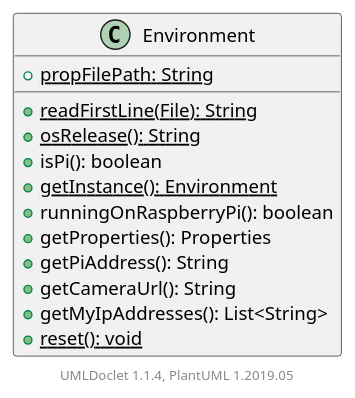
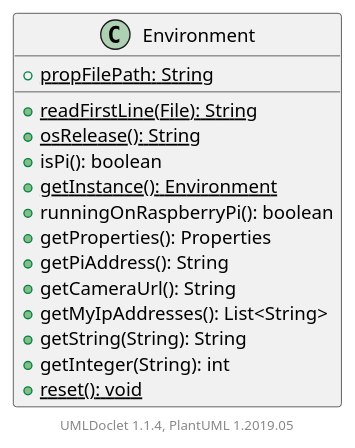
Before and after one commit to rc-dukes/dukes: the diagram in rc-common/rc-common/apidocs/nl/vaneijndhoven/dukes/common/Environment.puml, drawn with PlantUML. The commit also changed 1456 other files, not shown here.

```diff
--- a/rc-common/rc-common/apidocs/nl/vaneijndhoven/dukes/common/Environment.puml
+++ b/rc-common/rc-common/apidocs/nl/vaneijndhoven/dukes/common/Environment.puml
@@ -1,19 +1,21 @@
 @startuml
 
     class Environment [[Environment.html]] {
         {static} +propFilePath: String
         {static} +readFirstLine(File): String
         {static} +osRelease(): String
         +isPi(): boolean
         {static} +getInstance(): Environment
         +runningOnRaspberryPi(): boolean
         +getProperties(): Properties
         +getPiAddress(): String
         +getCameraUrl(): String
         +getMyIpAddresses(): List<String>
+        +getString(String): String
+        +getInteger(String): int
         {static} +reset(): void
     }
 
 
     center footer UMLDoclet 1.1.4, PlantUML 1.2019.05
 @enduml
```
